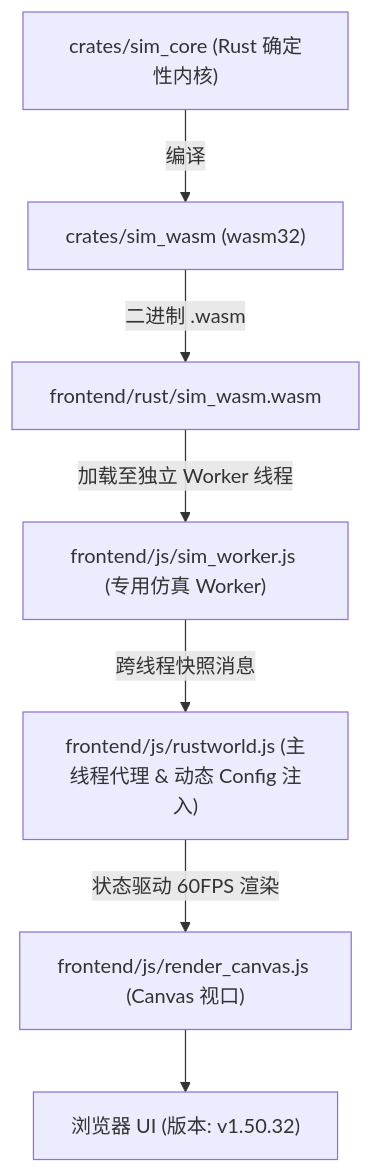
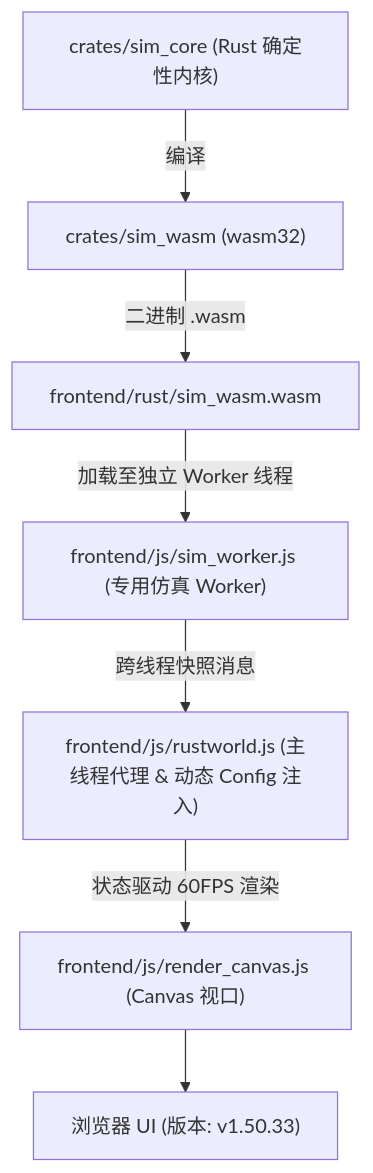
One commit to g39088902/FlowAndAccord changed the diagram in AGENTS.md. Above: the diagram before and after it, drawn with Mermaid. The commit also changed other lines of this file and 49 other files, not shown here.

````diff
--- a/AGENTS.md
+++ b/AGENTS.md
@@ -61,9 +61,9 @@
 ```mermaid
 graph TD
     A["crates/sim_core (Rust 确定性内核)"] -->|编译| B["crates/sim_wasm (wasm32)"]
     B -->|二进制 .wasm| C["frontend/rust/sim_wasm.wasm"]
     C -->|加载至独立 Worker 线程| D["frontend/js/sim_worker.js (专用仿真 Worker)"]
     D -->|跨线程快照消息| E["frontend/js/rustworld.js (主线程代理 & 动态 Config 注入)"]
     E -->|状态驱动 60FPS 渲染| F["frontend/js/render_canvas.js (Canvas 视口)"]
-    F --> G["浏览器 UI (版本: v1.50.32)"]
+    F --> G["浏览器 UI (版本: v1.50.33)"]
 ```
````
